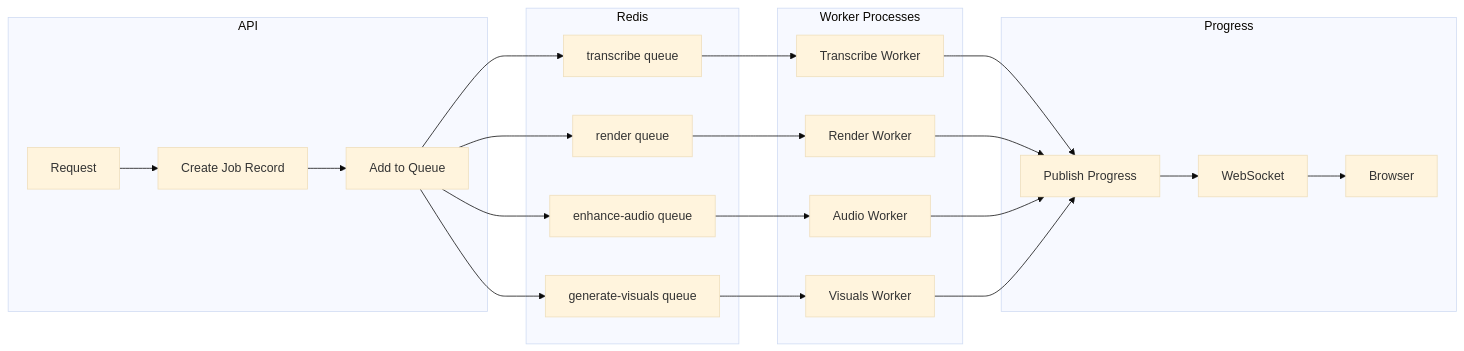
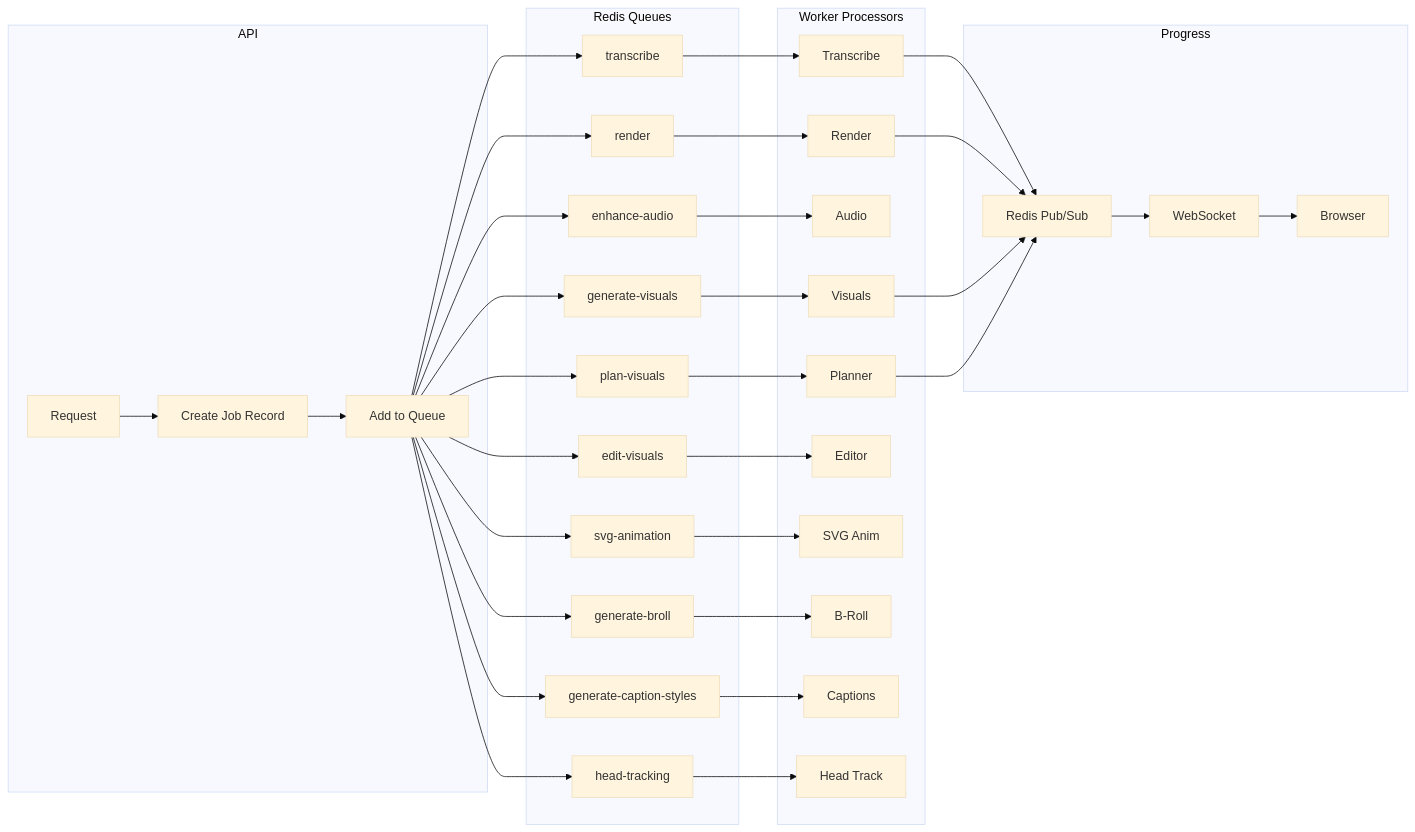
One commit to rhythmshandlya/viona changed the sixth of 8 diagrams in README.md. Above: the diagram before and after it, drawn with Mermaid (base theme). The commit also changed other lines of this file and 22 other files, not shown here.

First line of the commit message:
docs: update all documentation to reflect current Viona architecture

````diff
--- a/README.md
+++ b/README.md
@@ -325,30 +370,39 @@
 ```mermaid
 flowchart LR
     subgraph API
         REQ[Request] --> CREATE[Create Job Record]
         CREATE --> QUEUE[Add to Queue]
     end
 
-    subgraph Redis
-        QUEUE --> TQ[transcribe queue]
-        QUEUE --> RQ[render queue]
-        QUEUE --> AQ[enhance-audio queue]
-        QUEUE --> VQ[generate-visuals queue]
+    subgraph Redis ["Redis Queues"]
+        QUEUE --> TQ[transcribe]
+        QUEUE --> RQ[render]
+        QUEUE --> AQ[enhance-audio]
+        QUEUE --> VQ[generate-visuals]
+        QUEUE --> PQ[plan-visuals]
+        QUEUE --> EQ[edit-visuals]
+        QUEUE --> SQ[svg-animation]
+        QUEUE --> BQ[generate-broll]
+        QUEUE --> CQ[generate-caption-styles]
+        QUEUE --> HQ[head-tracking]
     end
 
-    subgraph Workers ["Worker Processes"]
-        TQ --> TW[Transcribe Worker]
-        RQ --> RW[Render Worker]
-        AQ --> AW[Audio Worker]
-        VQ --> VW[Visuals Worker]
+    subgraph Workers ["Worker Processors"]
+        TQ --> TW[Transcribe]
+        RQ --> RW[Render]
+        AQ --> AW[Audio]
+        VQ --> VW[Visuals]
+        PQ --> PW[Planner]
+        EQ --> EW[Editor]
+        SQ --> SW[SVG Anim]
+        BQ --> BW[B-Roll]
+        CQ --> CW[Captions]
+        HQ --> HW[Head Track]
     end
 
     subgraph Progress
-        TW --> PUB[Publish Progress]
-        RW --> PUB
-        AW --> PUB
-        VW --> PUB
+        TW & RW & VW & PW --> PUB[Redis Pub/Sub]
         PUB --> WS[WebSocket]
         WS --> CLIENT[Browser]
     end
 ```
````
